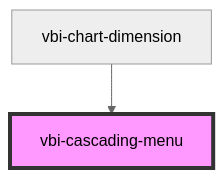
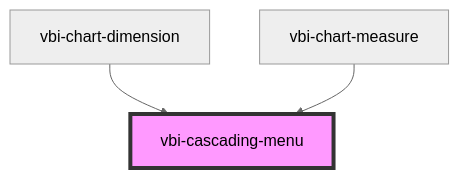
One commit to Ditto190/VBI-modme changed the diagram in packages/vbi-component/src/components/ui/vbi-cascading-menu/readme.md. Above: the diagram before and after it, drawn with Mermaid (neutral theme). The commit also changed other lines of this file and 17 other files, not shown here.

Commit message:
feat(chart): add vbi-chart-measure to chart shelf panel

````diff
--- a/packages/vbi-component/src/components/ui/vbi-cascading-menu/readme.md
+++ b/packages/vbi-component/src/components/ui/vbi-cascading-menu/readme.md
@@ -31,5 +32,6 @@
 ```mermaid
 graph TD;
   vbi-chart-dimension --> vbi-cascading-menu
+  vbi-chart-measure --> vbi-cascading-menu
   style vbi-cascading-menu fill:#f9f,stroke:#333,stroke-width:4px
 ```
````
